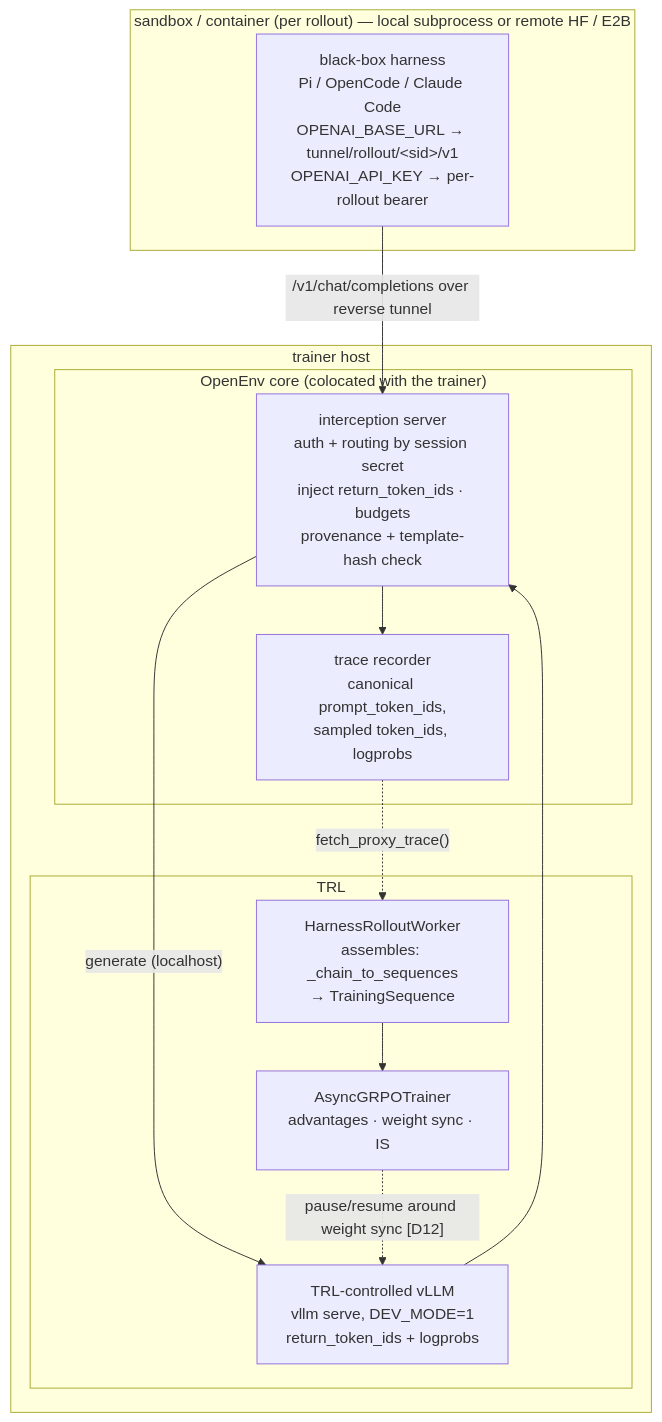
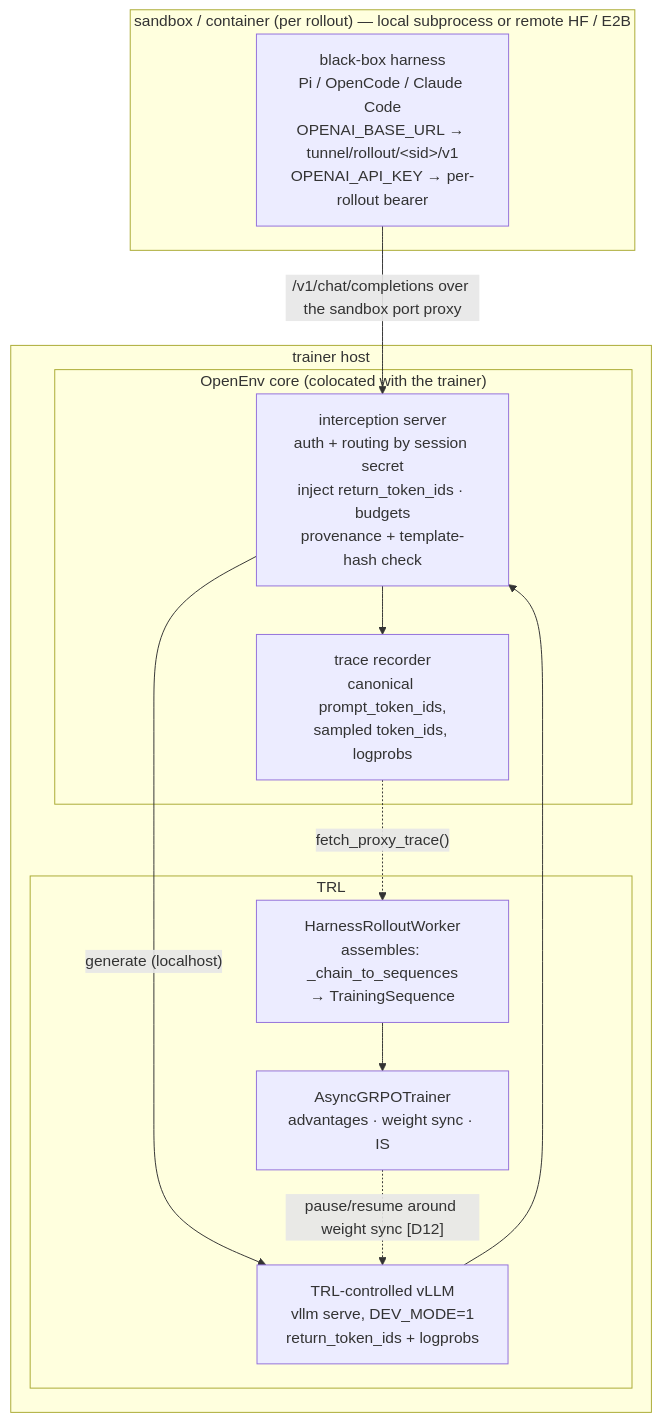
Before and after one commit to meta-pytorch/OpenEnv: the first of 3 diagrams in rfcs/006-agentic-rl-harness-interception.md, drawn with Mermaid. The commit also changed other lines of this file, not shown here.

Commit message:
docs(rfc-006): ground D18 in Sandbox.proxy_url_for

````diff
--- a/rfcs/006-agentic-rl-harness-interception.md
+++ b/rfcs/006-agentic-rl-harness-interception.md
@@ -97,24 +97,24 @@
 ```mermaid
 flowchart TD
     subgraph sandbox["sandbox / container (per rollout) — local subprocess or remote HF / E2B"]
         H["black-box harness<br/>Pi / OpenCode / Claude Code<br/>OPENAI_BASE_URL → tunnel/rollout/&lt;sid&gt;/v1<br/>OPENAI_API_KEY → per-rollout bearer"]
     end
     subgraph host["trainer host"]
         subgraph core["OpenEnv core (colocated with the trainer)"]
             S["interception server<br/>auth + routing by session secret<br/>inject return_token_ids · budgets<br/>provenance + template-hash check"]
             R["trace recorder<br/>canonical prompt_token_ids,<br/>sampled token_ids, logprobs"]
             S --> R
         end
         subgraph trl["TRL"]
             V["TRL-controlled vLLM<br/>vllm serve, DEV_MODE=1<br/>return_token_ids + logprobs"]
             W["HarnessRolloutWorker<br/>assembles: _chain_to_sequences<br/>→ TrainingSequence"]
             G["AsyncGRPOTrainer<br/>advantages · weight sync · IS"]
             W --> G
         end
     end
-    H -->|"/v1/chat/completions over reverse tunnel"| S
+    H -->|"/v1/chat/completions over the sandbox port proxy"| S
     S -->|"generate (localhost)"| V
     V --> S
     R -.->|"fetch_proxy_trace()"| W
     G -.->|"pause/resume around weight sync [D12]"| V
 ```
````
